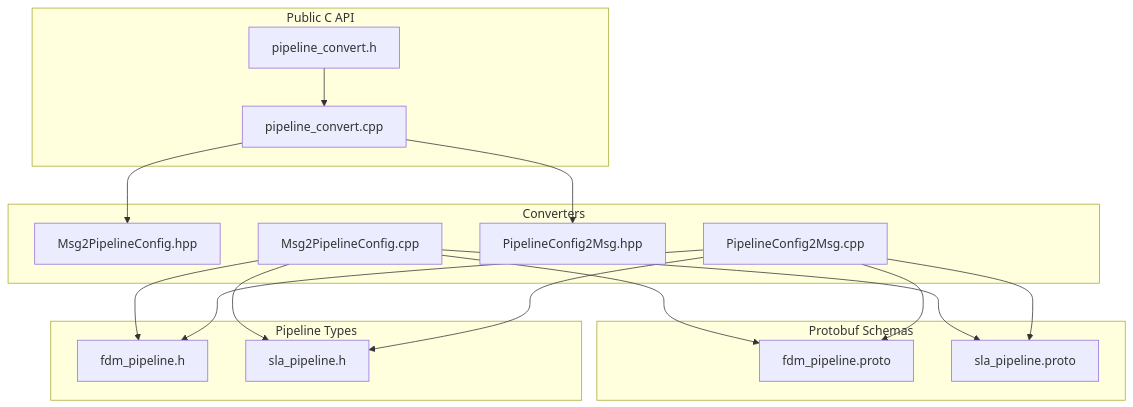
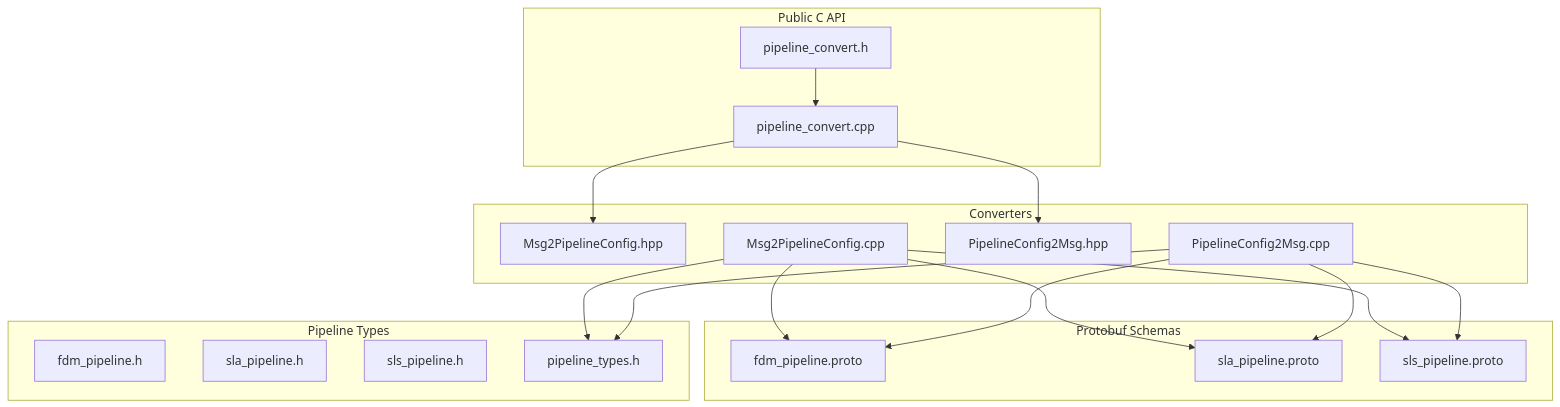
Before and after one commit to hsmbanlance/HsBaSlicer: the first of 9 diagrams in .qoder/repowiki/en/content/API Reference/Pipeline Conversion API.md, drawn with Mermaid. The commit also changed other lines of this file and 19 other files, not shown here.

````diff
--- a/.qoder/repowiki/en/content/API Reference/Pipeline Conversion API.md
+++ b/.qoder/repowiki/en/content/API Reference/Pipeline Conversion API.md
@@ -39,32 +52,35 @@
 ```mermaid
 graph TB
 subgraph "Public C API"
 PC_H["pipeline_convert.h"]
 PC_CPP["pipeline_convert.cpp"]
 end
 subgraph "Converters"
 M2C_HPP["Msg2PipelineConfig.hpp"]
 M2C_CPP["Msg2PipelineConfig.cpp"]
 C2M_HPP["PipelineConfig2Msg.hpp"]
 C2M_CPP["PipelineConfig2Msg.cpp"]
 end
 subgraph "Protobuf Schemas"
 FDM_PROTO["fdm_pipeline.proto"]
 SLA_PROTO["sla_pipeline.proto"]
+SLS_PROTO["sls_pipeline.proto"]
 end
 subgraph "Pipeline Types"
 FDM_H["fdm_pipeline.h"]
 SLA_H["sla_pipeline.h"]
+SLS_H["sls_pipeline.h"]
+TYPES_H["pipeline_types.h"]
 end
 PC_H --> PC_CPP
 PC_CPP --> M2C_HPP
 PC_CPP --> C2M_HPP
-M2C_CPP --> FDM_H
-M2C_CPP --> SLA_H
-C2M_CPP --> FDM_H
-C2M_CPP --> SLA_H
+M2C_CPP --> TYPES_H
+C2M_CPP --> TYPES_H
 M2C_CPP --> FDM_PROTO
 M2C_CPP --> SLA_PROTO
+M2C_CPP --> SLS_PROTO
 C2M_CPP --> FDM_PROTO
 C2M_CPP --> SLA_PROTO
+C2M_CPP --> SLS_PROTO
 ```
````
